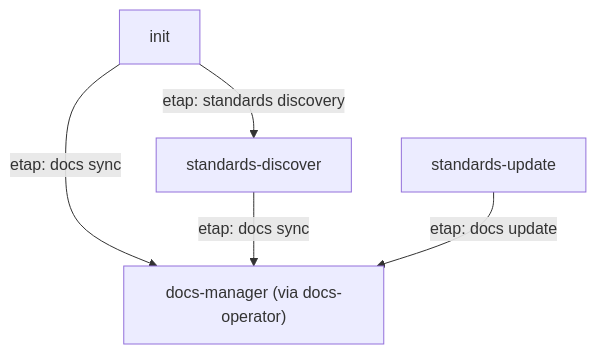
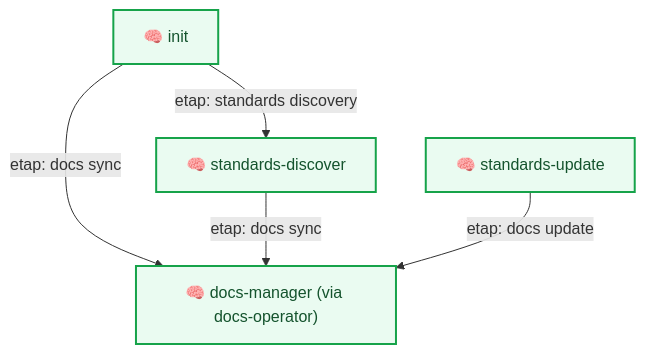
One commit to plucins/flowbit changed the fourth of 7 diagrams in docs/flow/overview.md. Above: the diagram before and after it, drawn with Mermaid. The commit also changed other lines of this file and 1 other file, not shown here.

Commit message:
Enhance mermaid diagrams with icons and improved formatting in overview and workflows documentation

````diff
--- a/docs/flow/overview.md
+++ b/docs/flow/overview.md
@@ -87,7 +113,10 @@
 ```mermaid
 graph TD
-  S_INIT["init"] -- "etap: standards discovery" --> S_STD_DISC["standards-discover"]
-  S_INIT -- "etap: docs sync" --> S_DOCS["docs-manager (via docs-operator)"]
+  S_INIT["🧠 init"] -- "etap: standards discovery" --> S_STD_DISC["🧠 standards-discover"]
+  S_INIT -- "etap: docs sync" --> S_DOCS["🧠 docs-manager (via docs-operator)"]
   S_STD_DISC -- "etap: docs sync" --> S_DOCS
-  S_STD_UPD["standards-update"] -- "etap: docs update" --> S_DOCS
+  S_STD_UPD["🧠 standards-update"] -- "etap: docs update" --> S_DOCS
+
+  classDef skill fill:#EAFBF1,stroke:#16A34A,stroke-width:2px,color:#14532D;
+  class S_INIT,S_STD_DISC,S_DOCS,S_STD_UPD skill;
 ```
````
